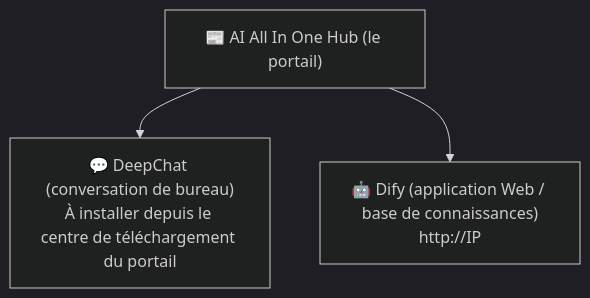
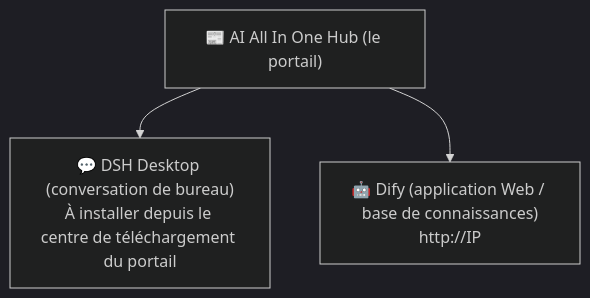
One commit to sdlyxianchao/AIAllInOne changed the diagram in docs/i18n/user-manual-fr/ch01-about.md. Above: the diagram before and after it, drawn with Mermaid (dark theme). The commit also changed other lines of this file and 306 other files, not shown here.

````diff
--- a/docs/i18n/user-manual-fr/ch01-about.md
+++ b/docs/i18n/user-manual-fr/ch01-about.md
@@ -17,5 +17,5 @@
 ```mermaid
 flowchart TB
-    A["📰 AI All In One Hub (le portail)"] --> B["💬 DeepChat (conversation de bureau)<br/>À installer depuis le centre de téléchargement du portail"]
+    A["📰 AI All In One Hub (le portail)"] --> B["💬 DSH Desktop (conversation de bureau)<br/>À installer depuis le centre de téléchargement du portail"]
     A["📰 AI All In One Hub (le portail)"] --> C["🤖 Dify (application Web / base de connaissances)<br/>http://IP"]
 ```
````
